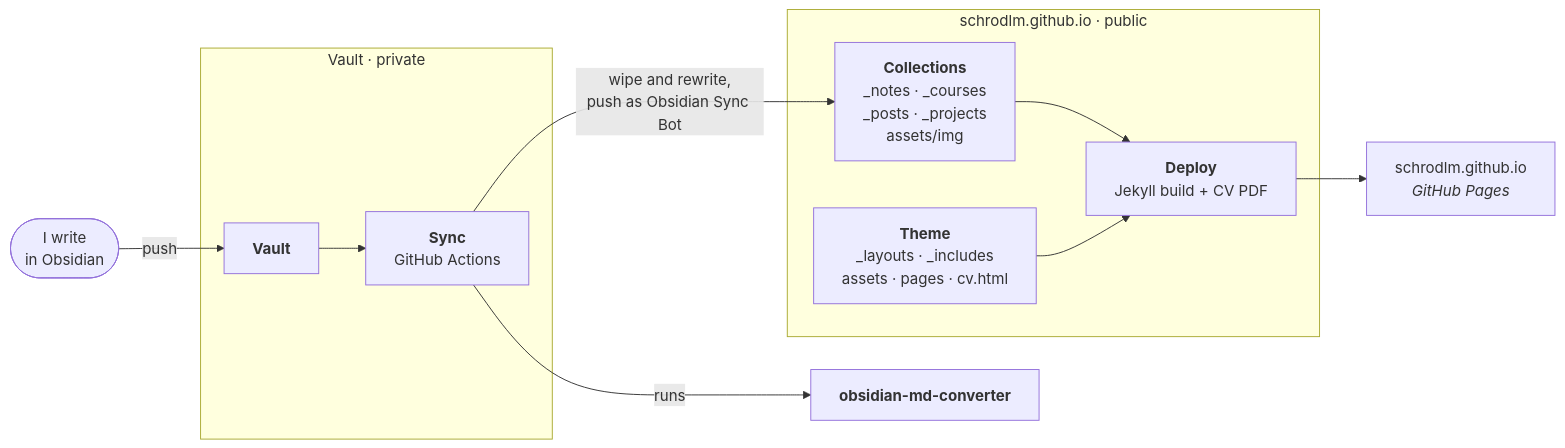
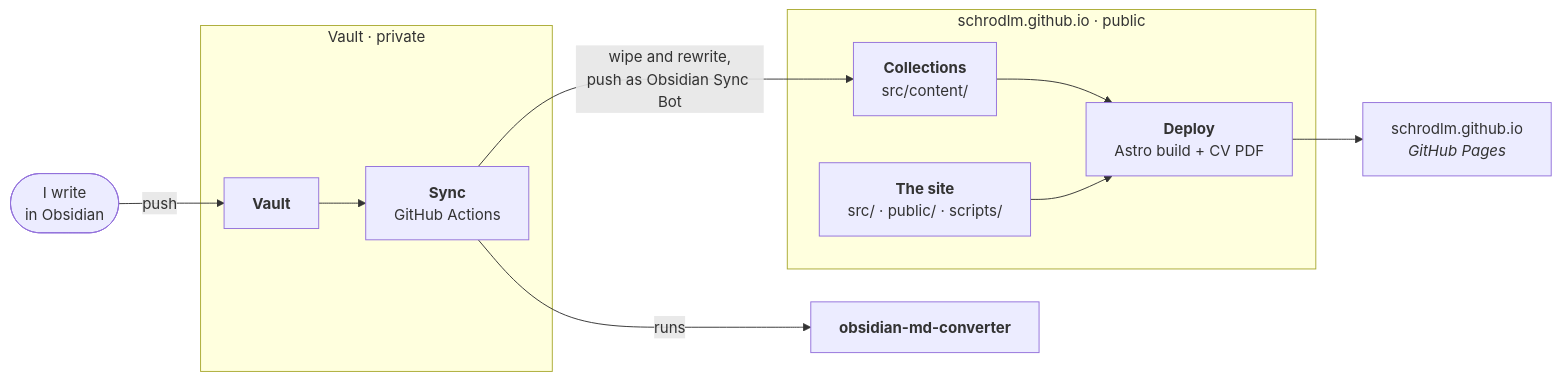
One commit to schrodlm/schrodlm.github.io changed the diagram in docs/architecture.md. Above: the diagram before and after it, drawn with Mermaid. The commit also changed other lines of this file, not shown here.

Commit message:
Make the Astro site the whole of the architecture, the Jekyll parts gone

````diff
--- a/docs/architecture.md
+++ b/docs/architecture.md
@@ -17,27 +17,27 @@
 ```mermaid
 flowchart LR
     you(["I write<br>in Obsidian"])
 
     subgraph vaultrepo ["Vault · private"]
         vault["<b>Vault</b>"]
         syncwf["<b>Sync</b><br>GitHub Actions"]
     end
 
     converter["<b>obsidian-md-converter</b>"]
 
     subgraph siterepo ["schrodlm.github.io · public"]
-        content["<b>Collections</b><br>_notes · _courses<br>_posts · _projects<br>assets/img"]
-        theme["<b>Theme</b><br>_layouts · _includes<br>assets · pages · cv.html"]
-        pageswf["<b>Deploy</b><br>Jekyll build + CV PDF"]
+        content["<b>Collections</b><br>src/content/"]
+        site["<b>The site</b><br>src/ · public/ · scripts/"]
+        deploywf["<b>Deploy</b><br>Astro build + CV PDF"]
     end
 
     pages["schrodlm.github.io<br><i>GitHub Pages</i>"]
 
     you -- "push" --> vault
     vault --> syncwf
     syncwf -- "runs" --> converter
     syncwf -- "wipe and rewrite,<br>push as Obsidian Sync Bot" --> content
-    content --> pageswf
-    theme --> pageswf
-    pageswf --> pages
+    content --> deploywf
+    site --> deploywf
+    deploywf --> pages
 ```
````
